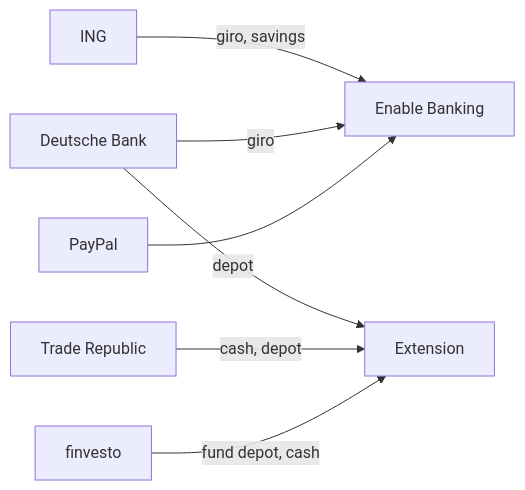
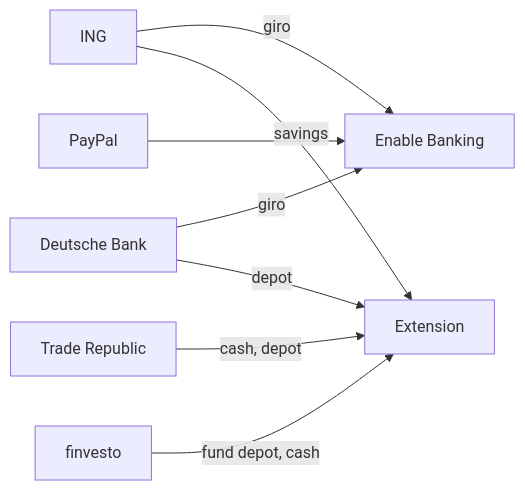
Before and after one commit to lennartmoeller/finance-tracker: the second of 2 diagrams in docs/adr/0002-ingestion-through-enable-banking-and-the-extension.md, drawn with Mermaid. The commit also changed other lines of this file and 6 other files, not shown here.

````diff
--- a/docs/adr/0002-ingestion-through-enable-banking-and-the-extension.md
+++ b/docs/adr/0002-ingestion-through-enable-banking-and-the-extension.md
@@ -59,9 +65,10 @@
 ```mermaid
 flowchart LR
-  ing["ING"] -- "giro, savings" --> eb["Enable Banking"]
+  ing["ING"] -- "giro" --> eb["Enable Banking"]
   db["Deutsche Bank"] -- "giro" --> eb
   paypal["PayPal"] --> eb
-  db -- "depot" --> ext["Extension"]
+  ing -- "savings" --> ext["Extension"]
+  db -- "depot" --> ext
   tr["Trade Republic"] -- "cash, depot" --> ext
   fv["finvesto"] -- "fund depot, cash" --> ext
 ```
````
